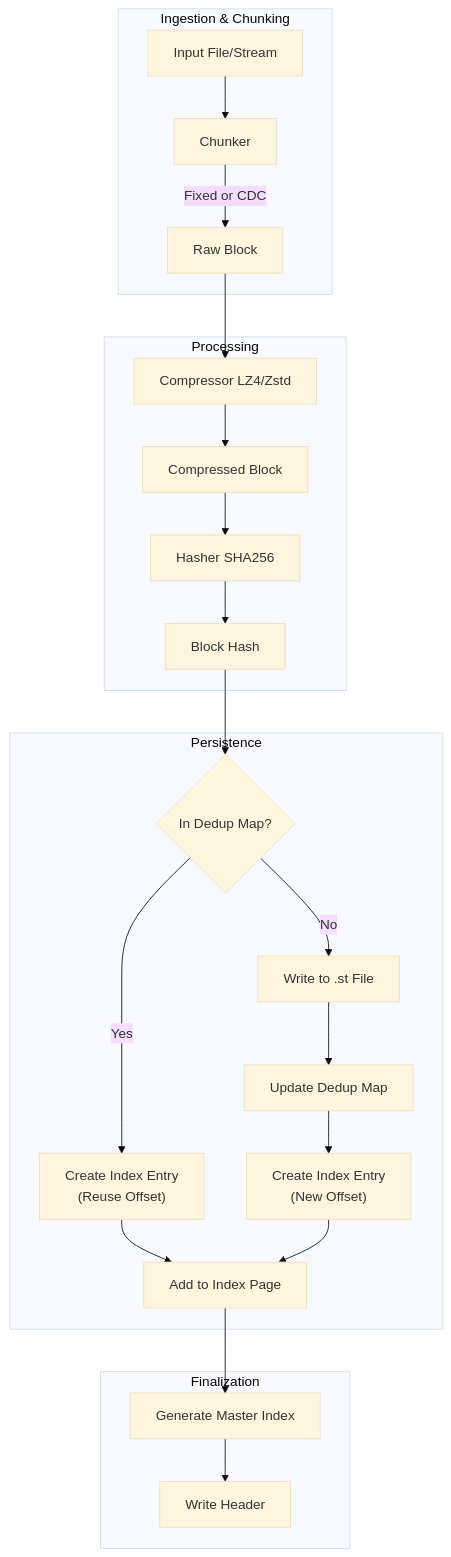
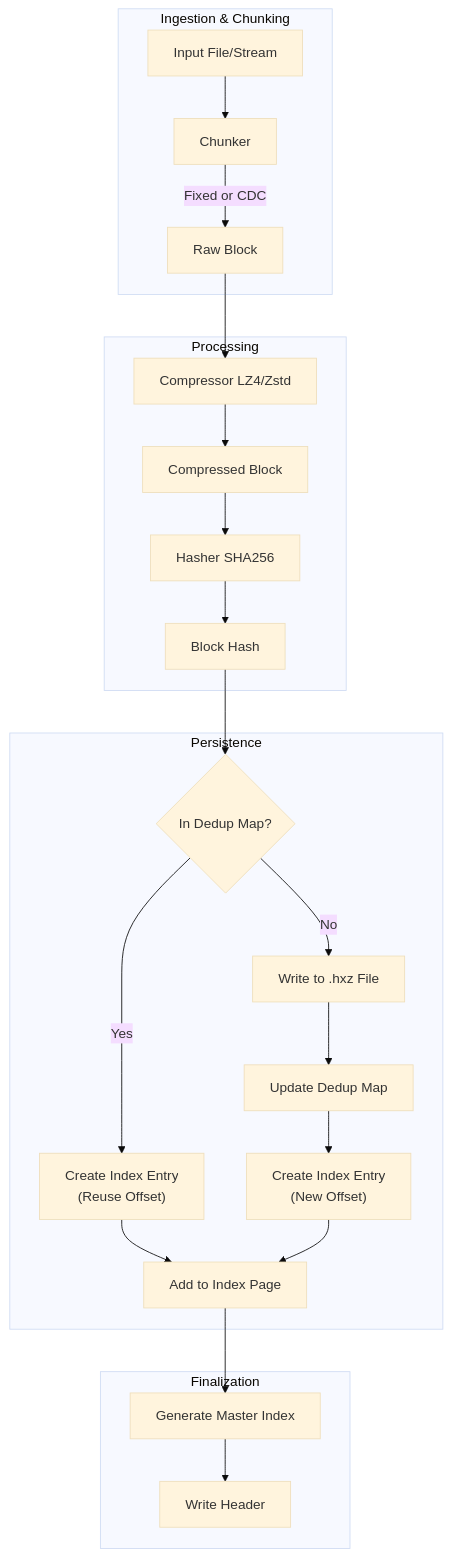
Before and after one commit to hexz-org/hexz: the fourth of 9 diagrams in docs/explanation/architecture.md, drawn with Mermaid (base theme). The commit also changed other lines of this file and 96 other files, not shown here.

````diff
--- a/docs/explanation/architecture.md
+++ b/docs/explanation/architecture.md
@@ -155,31 +155,31 @@
 ```mermaid
 flowchart TD
     subgraph "Ingestion & Chunking"
         Input["Input File/Stream"] --> Chunker
         Chunker -->|Fixed or CDC| Block["Raw Block"]
     end
 
     subgraph "Processing"
         Block --> Compressor["Compressor LZ4/Zstd"]
         Compressor --> Compressed["Compressed Block"]
         Compressed --> Hasher["Hasher SHA256"]
         Hasher --> Hash["Block Hash"]
     end
 
     subgraph "Persistence"
         Hash --> Dedup{"In Dedup Map?"}
         Dedup -- Yes --> IndexEntry["Create Index Entry<br/>(Reuse Offset)"]
-        Dedup -- No --> Write["Write to .st File"]
+        Dedup -- No --> Write["Write to .hxz File"]
         
         Write --> MapUpdate["Update Dedup Map"]
         MapUpdate --> IndexEntryNew["Create Index Entry<br/>(New Offset)"]
         
         IndexEntry --> IndexPage["Add to Index Page"]
         IndexEntryNew --> IndexPage
     end
 
     subgraph "Finalization"
         IndexPage --> MasterIdx["Generate Master Index"]
         MasterIdx --> Header["Write Header"]
     end
 ```
````
